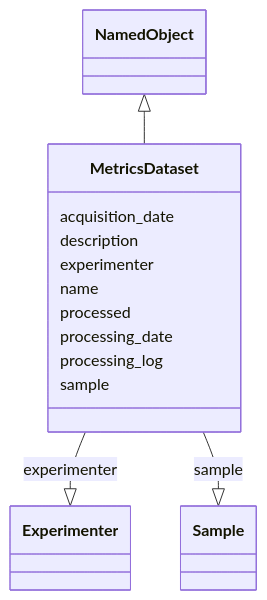
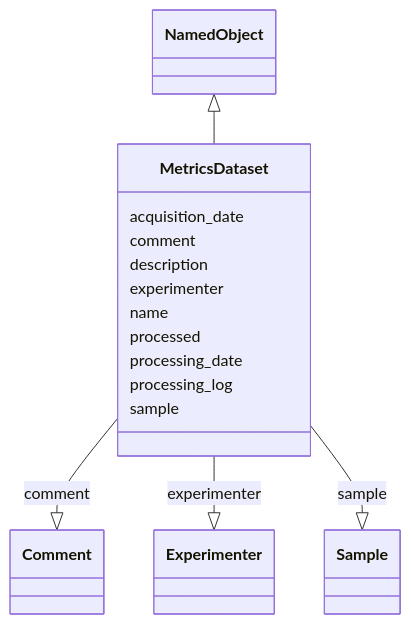
Before and after one commit to juliomateoslangerak/microscope-metrics: the diagram in docs/schema/MetricsDataset.md, drawn with Mermaid. The commit also changed other lines of this file and 193 other files, not shown here.

Commit message:
Minor updates to the schema - ROI is lowercase - More descriptions

````diff
--- a/docs/schema/MetricsDataset.md
+++ b/docs/schema/MetricsDataset.md
@@ -14,27 +15,31 @@
 ```mermaid
  classDiagram
     class MetricsDataset
       NamedObject <|-- MetricsDataset
       
       MetricsDataset : acquisition_date
+        
+      MetricsDataset : comment
+        
+          MetricsDataset --|> Comment : comment
         
       MetricsDataset : description
         
       MetricsDataset : experimenter
         
           MetricsDataset --|> Experimenter : experimenter
         
       MetricsDataset : name
         
       MetricsDataset : processed
         
       MetricsDataset : processing_date
         
       MetricsDataset : processing_log
         
       MetricsDataset : sample
         
           MetricsDataset --|> Sample : sample
         
       
 ```
````
